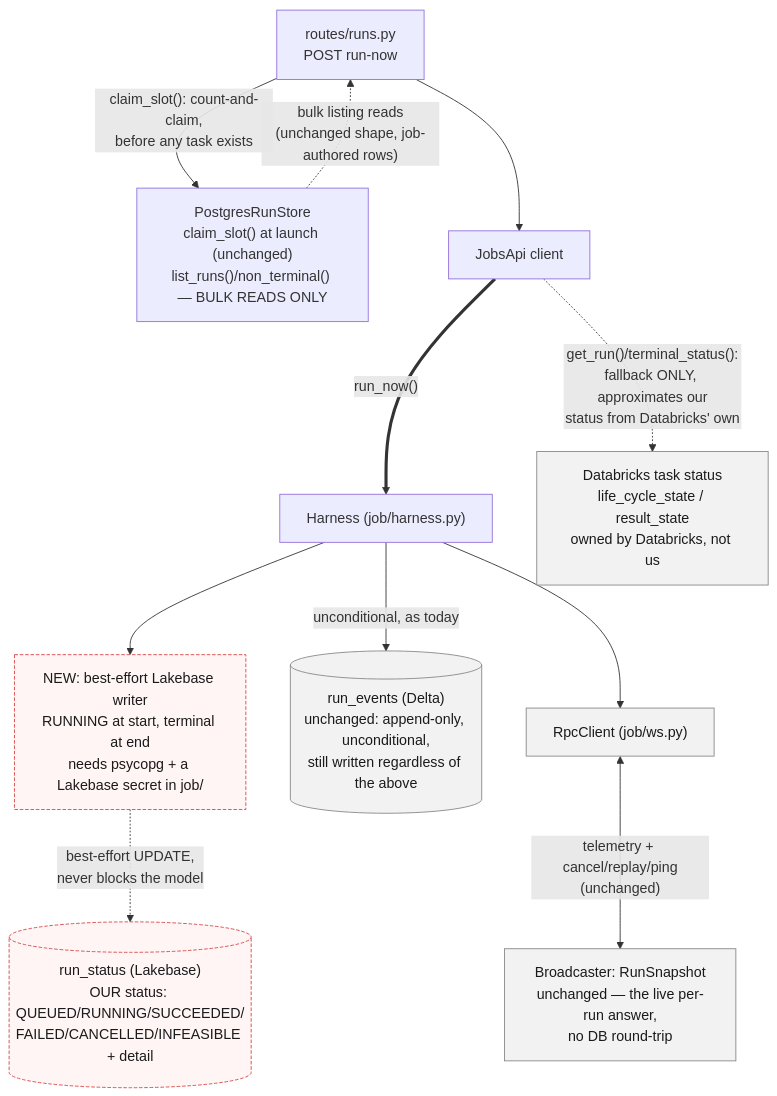
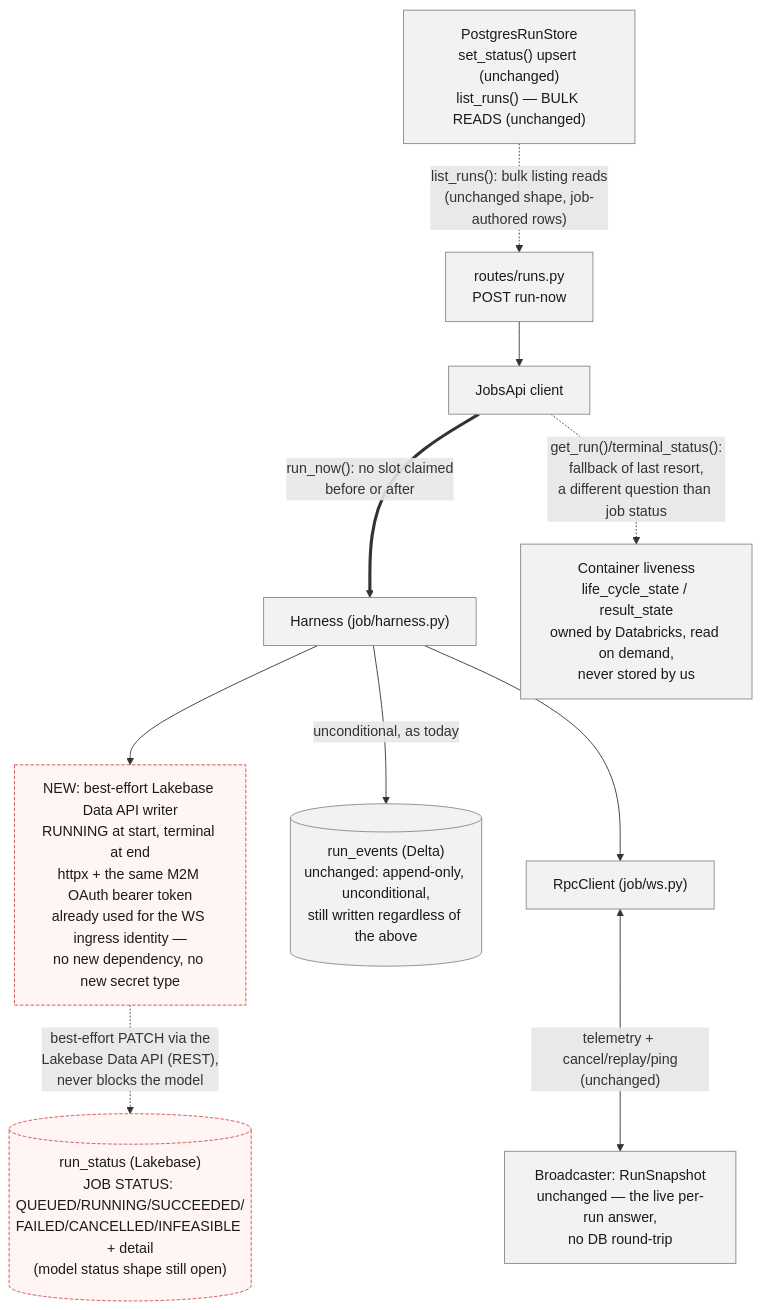
One commit to NoTouchingKids/DBX_leaning changed the third of 3 diagrams in docs/architecture-diagram.md. Above: the diagram before and after it, drawn with Mermaid. The commit also changed other lines of this file and 3 other files, not shown here.

First line of the commit message:
Correct the ceiling story, align run-status docs with the v4 plan record

````diff
--- a/docs/architecture-diagram.md
+++ b/docs/architecture-diagram.md
@@ -315,29 +362,28 @@
 ```mermaid
 flowchart TB
     RunsRoute["routes/runs.py<br/>POST run-now"]
-    Store["PostgresRunStore<br/>claim_slot() at launch (unchanged)<br/>list_runs()/non_terminal() — BULK READS ONLY"]
+    Store["PostgresRunStore<br/>set_status() upsert (unchanged)<br/>list_runs() — BULK READS (unchanged)"]
     JobsApiC["JobsApi client"]
     Harness["Harness (job/harness.py)"]
-    LakebaseWriter["NEW: best-effort Lakebase writer<br/>RUNNING at start, terminal at end<br/>needs psycopg + a Lakebase secret in job/"]
-    RunStatusDb[("run_status (Lakebase)<br/>OUR status: QUEUED/RUNNING/SUCCEEDED/<br/>FAILED/CANCELLED/INFEASIBLE + detail")]
+    LakebaseWriter["NEW: best-effort Lakebase Data API writer<br/>RUNNING at start, terminal at end<br/>httpx + the same M2M OAuth bearer token<br/>already used for the WS ingress identity —<br/>no new dependency, no new secret type"]
+    RunStatusDb[("run_status (Lakebase)<br/>JOB STATUS: QUEUED/RUNNING/SUCCEEDED/<br/>FAILED/CANCELLED/INFEASIBLE + detail<br/>(model status shape still open)")]
     RunEvents[("run_events (Delta)<br/>unchanged: append-only, unconditional,<br/>still written regardless of the above")]
     RpcClient["RpcClient (job/ws.py)"]
     Broadcaster["Broadcaster: RunSnapshot<br/>unchanged — the live per-run answer,<br/>no DB round-trip"]
-    DbxStatus["Databricks task status<br/>life_cycle_state / result_state<br/>owned by Databricks, not us"]
+    DbxStatus["Container liveness<br/>life_cycle_state / result_state<br/>owned by Databricks, read on demand,<br/>never stored by us"]
 
-    RunsRoute -->|"claim_slot(): count-and-claim,<br/>before any task exists"| Store
     RunsRoute --> JobsApiC
-    JobsApiC ==>|"run_now()"| Harness
+    JobsApiC ==>|"run_now(): no slot claimed<br/>before or after"| Harness
     Harness --> LakebaseWriter
-    LakebaseWriter -.->|"best-effort UPDATE,<br/>never blocks the model"| RunStatusDb
+    LakebaseWriter -.->|"best-effort PATCH via the<br/>Lakebase Data API (REST),<br/>never blocks the model"| RunStatusDb
     Harness -->|"unconditional, as today"| RunEvents
     Harness --> RpcClient
     RpcClient <-->|"telemetry + cancel/replay/ping<br/>(unchanged)"| Broadcaster
-    JobsApiC -.->|"get_run()/terminal_status():<br/>fallback ONLY, approximates our<br/>status from Databricks' own"| DbxStatus
-    Store -.->|"bulk listing reads<br/>(unchanged shape, job-authored rows)"| RunsRoute
+    JobsApiC -.->|"get_run()/terminal_status():<br/>fallback of last resort,<br/>a different question than job status"| DbxStatus
+    Store -.->|"list_runs(): bulk listing reads<br/>(unchanged shape, job-authored rows)"| RunsRoute
 
     classDef proposed fill:#fff5f5,stroke:#d64545,color:#1a1a1a,stroke-dasharray: 4 2;
     classDef unchanged fill:#f2f2f2,stroke:#888,color:#1a1a1a;
     class LakebaseWriter,RunStatusDb proposed;
-    class RunEvents,Broadcaster,DbxStatus,RpcClient unchanged;
+    class RunEvents,Broadcaster,DbxStatus,RpcClient,Store,RunsRoute,JobsApiC,Harness unchanged;
 ```
````
